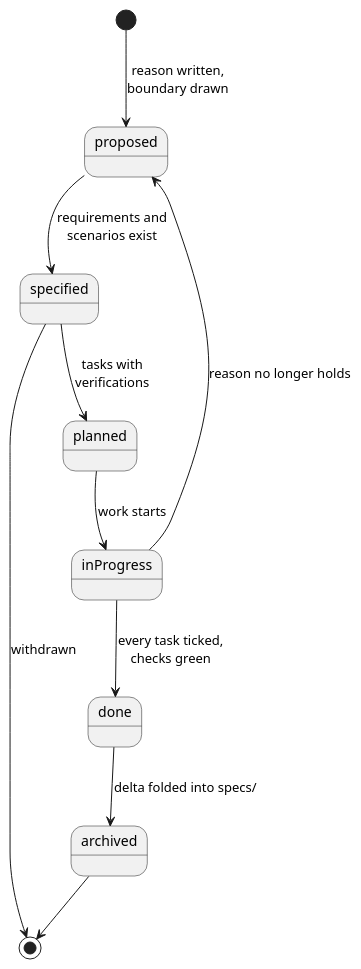
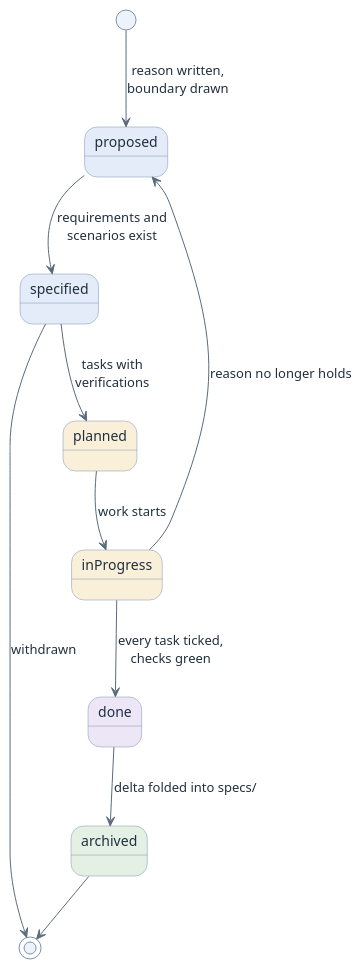
The first of 2 diagrams in modules/sdd-change-lifecycle/index.adoc (htl-leonding-college/curriculum-syp3), drawn with PlantUML before and after one commit. The commit also changed other lines of this file and 65 other files, not shown here.

First line of the commit message:
feat(site): give the diagrams a semantic pastel palette

```diff
--- a/modules/sdd-change-lifecycle/index.adoc
+++ b/modules/sdd-change-lifecycle/index.adoc
@@ -33,19 +33,29 @@
 [plantuml,change-lifecycle,svg]
 ----
 @startuml
-skinparam monochrome true
+<style>
+element { BackgroundColor #EDF3FA; LineColor #7C93AD; FontColor #21303F }
+arrow { LineColor #5A6B7D; FontColor #21303F }
+</style>
 skinparam shadowing false
 skinparam defaultFontName Helvetica
+
+state proposed #E3ECF8
+state specified #E3ECF8
+state planned #FAF0D9
+state inProgress #FAF0D9
+state done #ECE6F7
+state archived #E4F0E4
 
 [*] --> proposed : reason written,\nboundary drawn
 proposed --> specified : requirements and\nscenarios exist
 specified --> planned : tasks with\nverifications
 planned --> inProgress : work starts
 inProgress --> done : every task ticked,\nchecks green
 done --> archived : delta folded into specs/
 archived --> [*]
 
 inProgress --> proposed : reason no longer holds
 specified --> [*] : withdrawn
 @enduml
 ----
```
